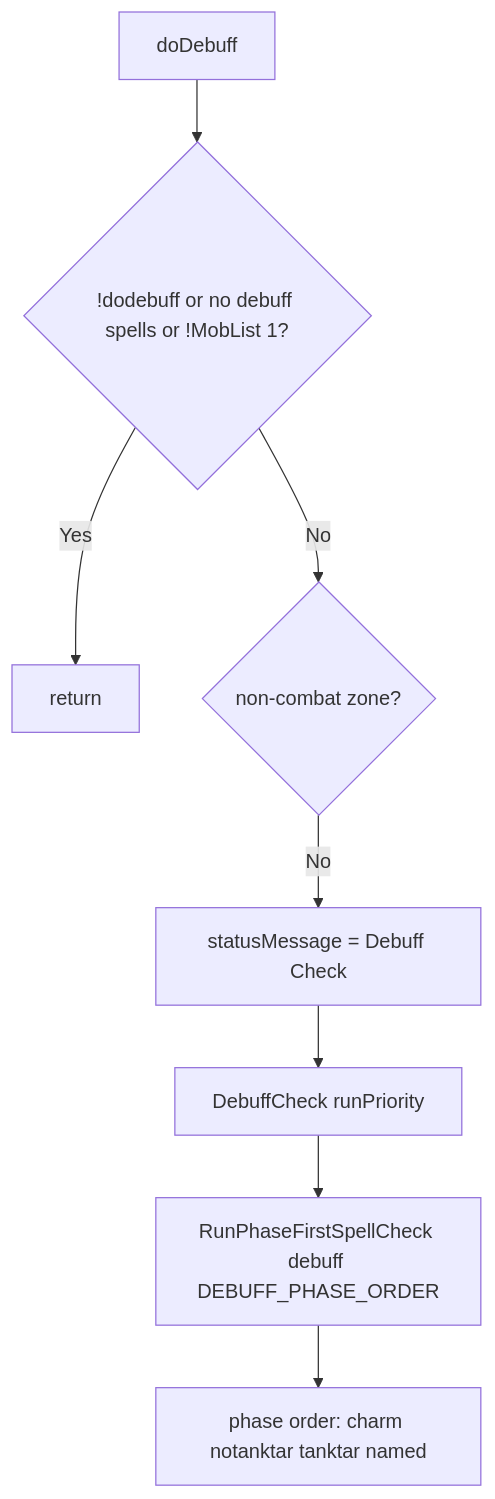
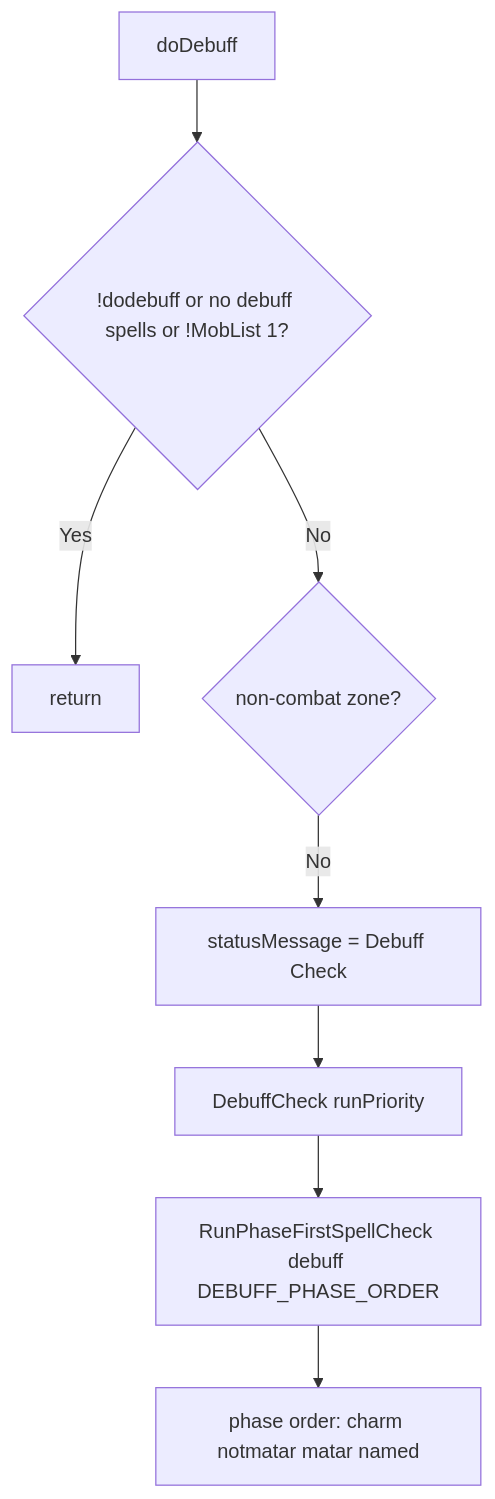
One commit to Cezero/czbot changed the diagram in docs/botlogic/hook-dodebuff.md. Above: the diagram before and after it, drawn with Mermaid. The commit also changed other lines of this file and 21 other files, not shown here.

````diff
--- a/docs/botlogic/hook-dodebuff.md
+++ b/docs/botlogic/hook-dodebuff.md
@@ -10,10 +10,10 @@
 ```mermaid
 flowchart TB
     Start[doDebuff] --> Guards{!dodebuff or no debuff spells or !MobList 1?}
     Guards -->|Yes| End[return]
     Guards -->|No| Zone{non-combat zone?}
     Zone -->|No| Status[statusMessage = Debuff Check]
     Status --> DebuffCheck[DebuffCheck runPriority]
     DebuffCheck --> RunPhase[RunPhaseFirstSpellCheck debuff DEBUFF_PHASE_ORDER]
-    RunPhase --> PhaseLoop[phase order: charm notanktar tanktar named]
+    RunPhase --> PhaseLoop[phase order: charm notmatar matar named]
 ```
````
